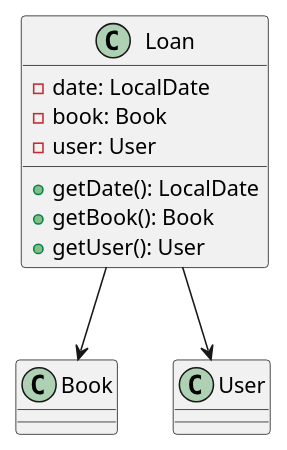
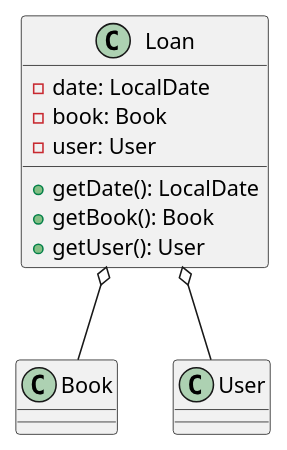
The third of 5 diagrams in docs/block-01_oop-fundamentals/03_POJO_UML_basic.md (carlos-paezf/Object_Oriented_Programming), drawn with PlantUML before and after one commit. The commit also changed other lines of this file and 4 other files, not shown here.

Commit message:
docs: Fix mermaid diagrams

````diff
--- a/docs/block-01_oop-fundamentals/03_POJO_UML_basic.md
+++ b/docs/block-01_oop-fundamentals/03_POJO_UML_basic.md
@@ -232,14 +233,14 @@
   ```puml
   @startuml
   class Loan {
       - date: LocalDate
       - book: Book
       - user: User
       + getDate(): LocalDate
       + getBook(): Book
       + getUser(): User
   }
-  Loan --> Book
-  Loan --> User
+  Loan o-- Book
+  Loan o-- User
   @enduml
   ```
````
